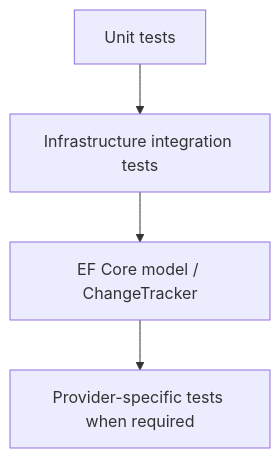
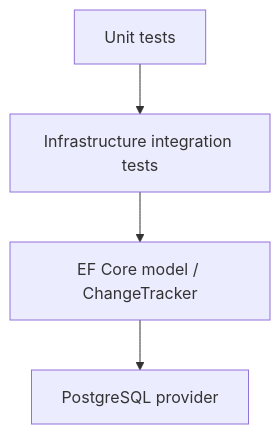
One commit to Kukulcan-Software-Designer/KUKULCAN.SharedKernel.Database changed the diagram in Documentation/TESTING.md. Above: the diagram before and after it, drawn with Mermaid. The commit also changed other lines of this file, not shown here.

Commit message:
docs: document current unit and PostgreSQL integration layers

````diff
--- a/Documentation/TESTING.md
+++ b/Documentation/TESTING.md
@@ -22,6 +66,6 @@
 ``` mermaid
 flowchart TD
     U["Unit tests"] --> I["Infrastructure integration tests"]
     I --> EF["EF Core model / ChangeTracker"]
-    EF --> DB["Provider-specific tests when required"]
+    EF --> DB["PostgreSQL provider"]
 ```
````
